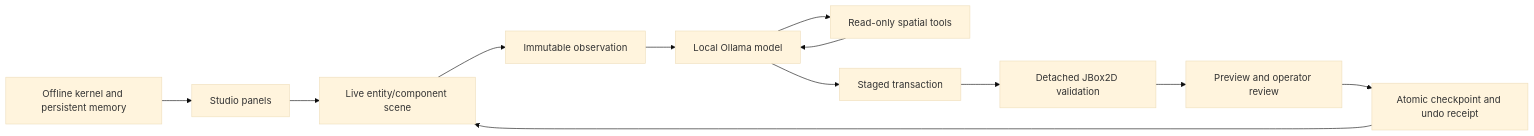
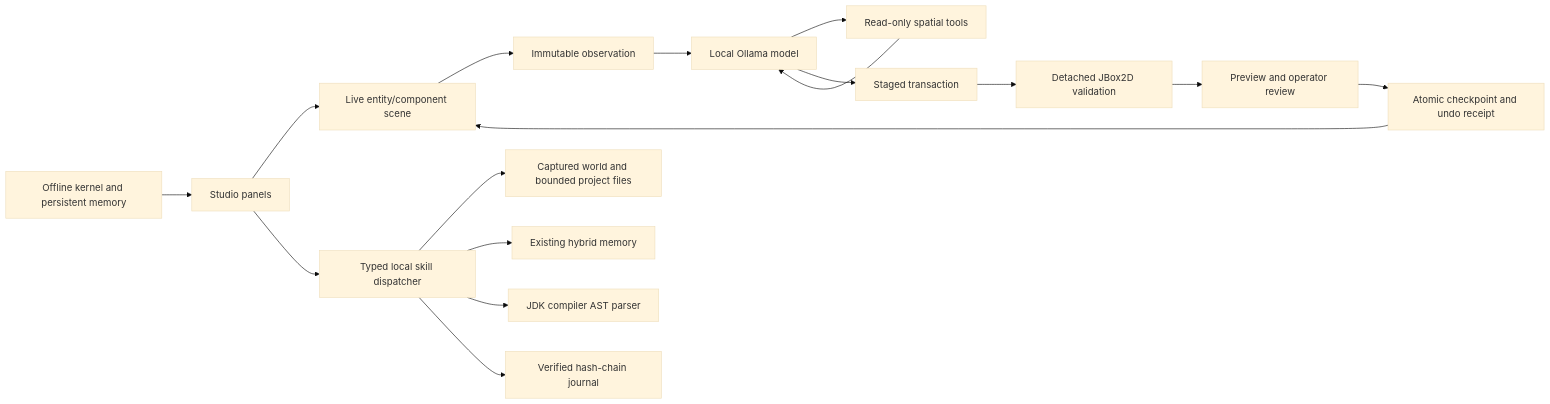
Before and after one commit to eyeoverthink/Fraynix-Agent-Workspace: the diagram in docs/ARCHITECTURE.md, drawn with Mermaid (base theme). The commit also changed other lines of this file and 21 other files, not shown here.

Commit message:
Verify journal continuity and expose typed local studio tools

````diff
--- a/docs/ARCHITECTURE.md
+++ b/docs/ARCHITECTURE.md
@@ -3,14 +3,19 @@
 ```mermaid
 flowchart LR
     UI[Studio panels] --> Scene[Live entity/component scene]
     Scene --> Obs[Immutable observation]
     Obs --> Model[Local Ollama model]
     Model --> Tools[Read-only spatial tools]
     Tools --> Model
     Model --> Draft[Staged transaction]
     Draft --> Physics[Detached JBox2D validation]
     Physics --> Review[Preview and operator review]
     Review --> Save[Atomic checkpoint and undo receipt]
     Save --> Scene
     Kernel[Offline kernel and persistent memory] --> UI
+    UI --> Registry[Typed local skill dispatcher]
+    Registry --> Captured[Captured world and bounded project files]
+    Registry --> Memory[Existing hybrid memory]
+    Registry --> Parser[JDK compiler AST parser]
+    Registry --> Journal[Verified hash-chain journal]
 ```
````
